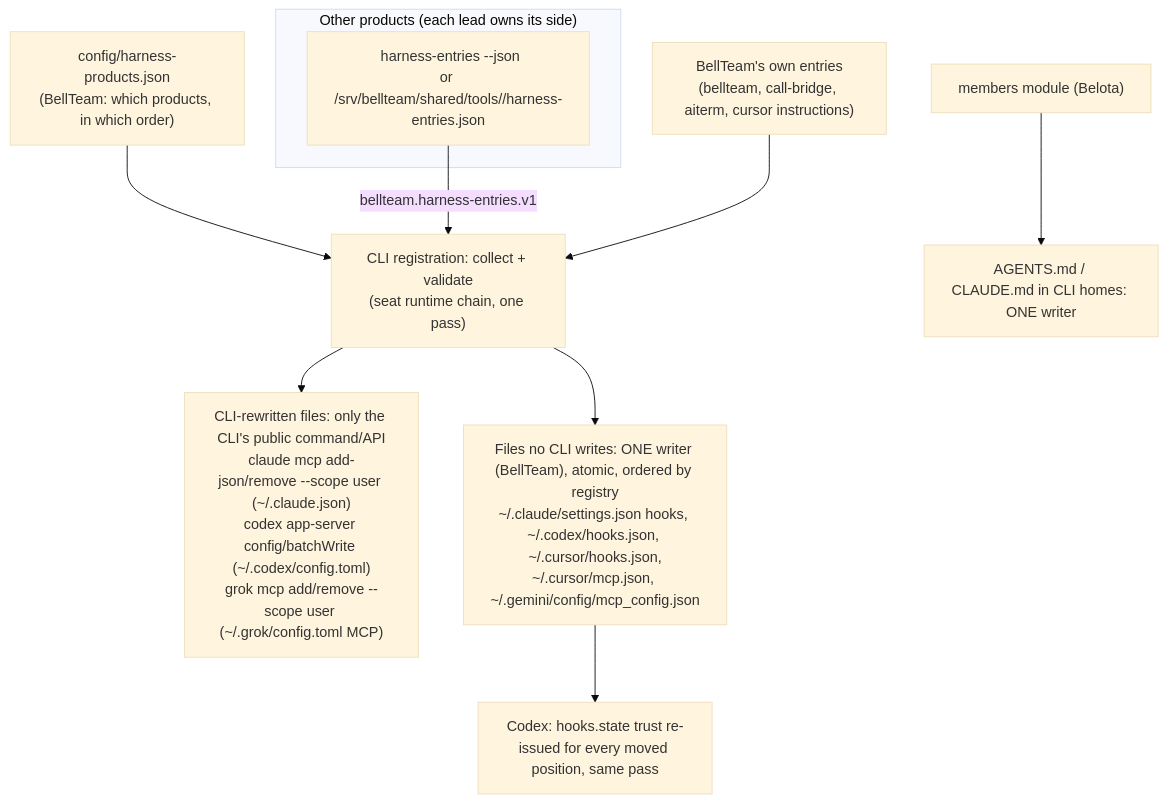
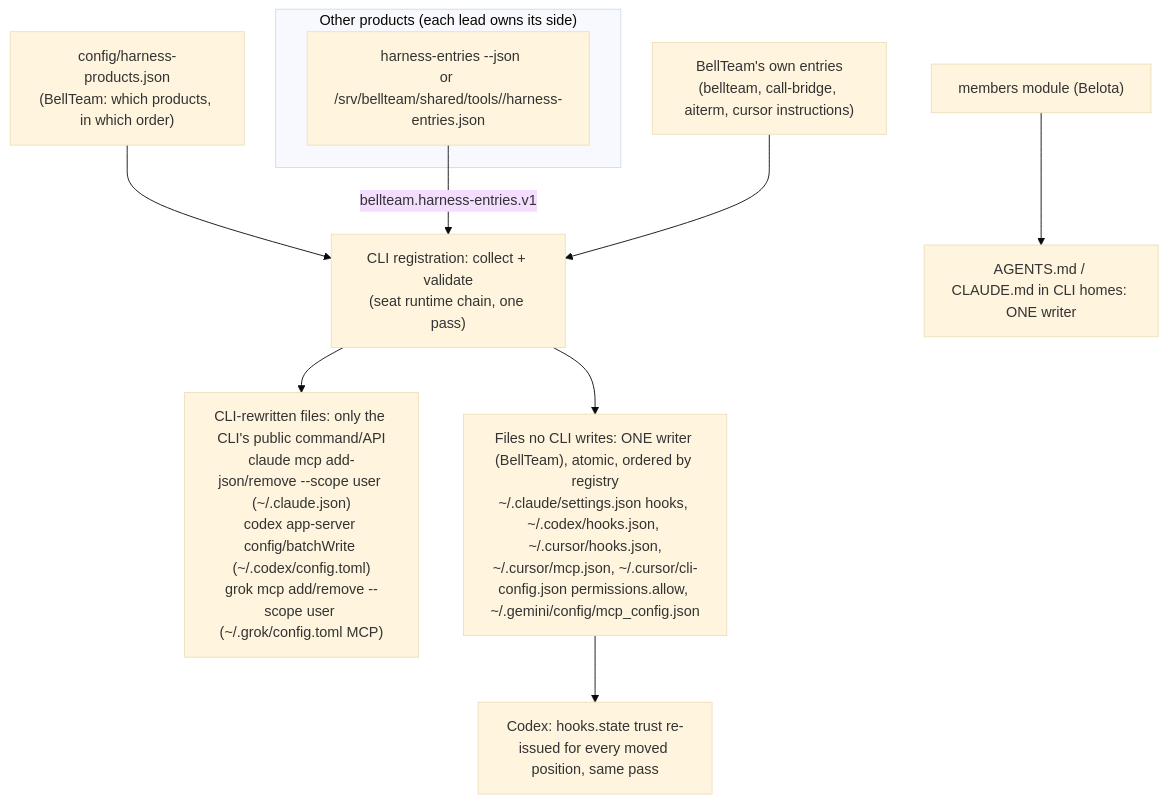
Before and after one commit to kitepon/BellTeam: the fifth of 5 diagrams in docs/architecture/modules/runtime/cli-registration.md, drawn with Mermaid (base theme).

Commit message:
cli-registration DFD: the one-writer file node names ~/.cursor/cli-config.json permissions.allow

````diff
--- a/docs/architecture/modules/runtime/cli-registration.md
+++ b/docs/architecture/modules/runtime/cli-registration.md
@@ -116,13 +116,13 @@
 ```mermaid
 flowchart TD
   subgraph Products["Other products (each lead owns its side)"]
     PE["<product> harness-entries --json<br/>or /srv/bellteam/shared/tools/<id>/harness-entries.json"]
   end
   Reg["config/harness-products.json<br/>(BellTeam: which products, in which order)"] --> Collect
   PE -->|"bellteam.harness-entries.v1"| Collect["CLI registration: collect + validate<br/>(seat runtime chain, one pass)"]
   Own["BellTeam's own entries<br/>(bellteam, call-bridge, aiterm, cursor instructions)"] --> Collect
   Collect --> CLIcmd["CLI-rewritten files: only the CLI's public command/API<br/>claude mcp add-json/remove --scope user (~/.claude.json)<br/>codex app-server config/batchWrite (~/.codex/config.toml)<br/>grok mcp add/remove --scope user (~/.grok/config.toml MCP)"]
-  Collect --> Files["Files no CLI writes: ONE writer (BellTeam), atomic, ordered by registry<br/>~/.claude/settings.json hooks, ~/.codex/hooks.json, ~/.cursor/hooks.json,<br/>~/.cursor/mcp.json, ~/.gemini/config/mcp_config.json"]
+  Collect --> Files["Files no CLI writes: ONE writer (BellTeam), atomic, ordered by registry<br/>~/.claude/settings.json hooks, ~/.codex/hooks.json, ~/.cursor/hooks.json,<br/>~/.cursor/mcp.json, ~/.cursor/cli-config.json permissions.allow, ~/.gemini/config/mcp_config.json"]
   Files --> Trust["Codex: hooks.state trust re-issued for every moved position, same pass"]
   Members["members module (Belota)"] --> Rules["AGENTS.md / CLAUDE.md in CLI homes: ONE writer"]
 ```
````
